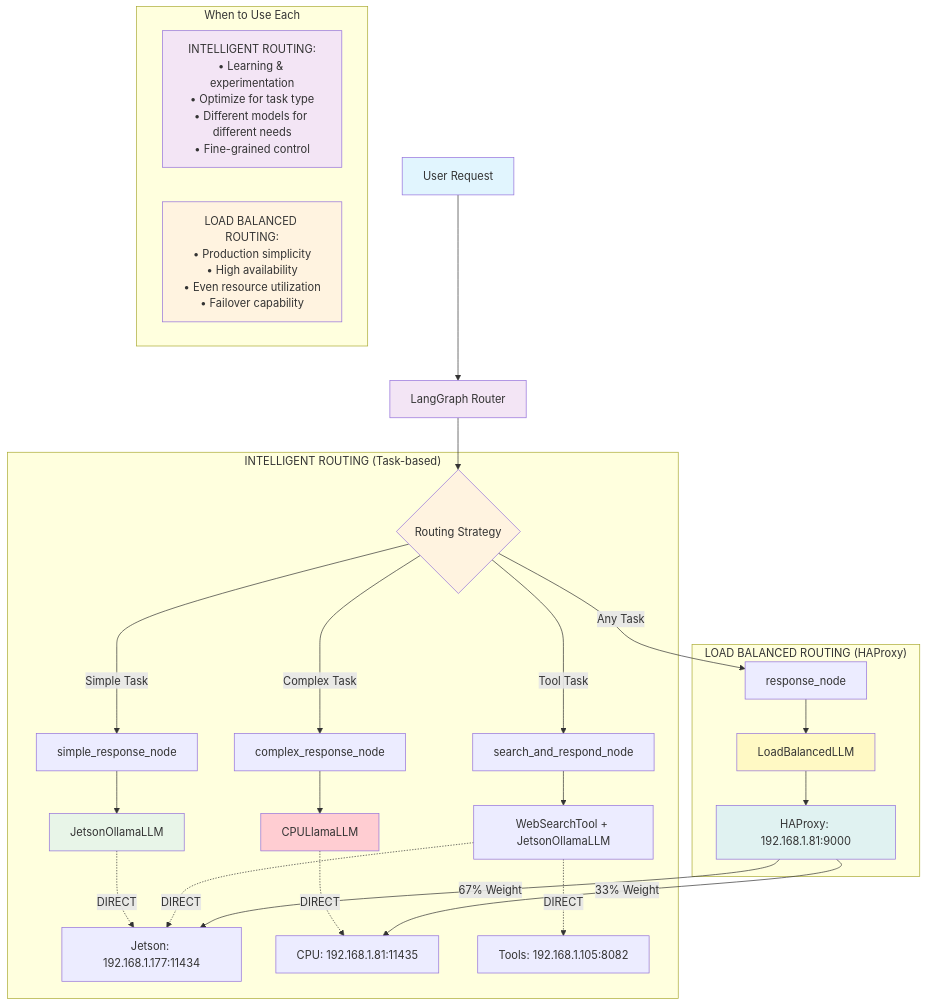
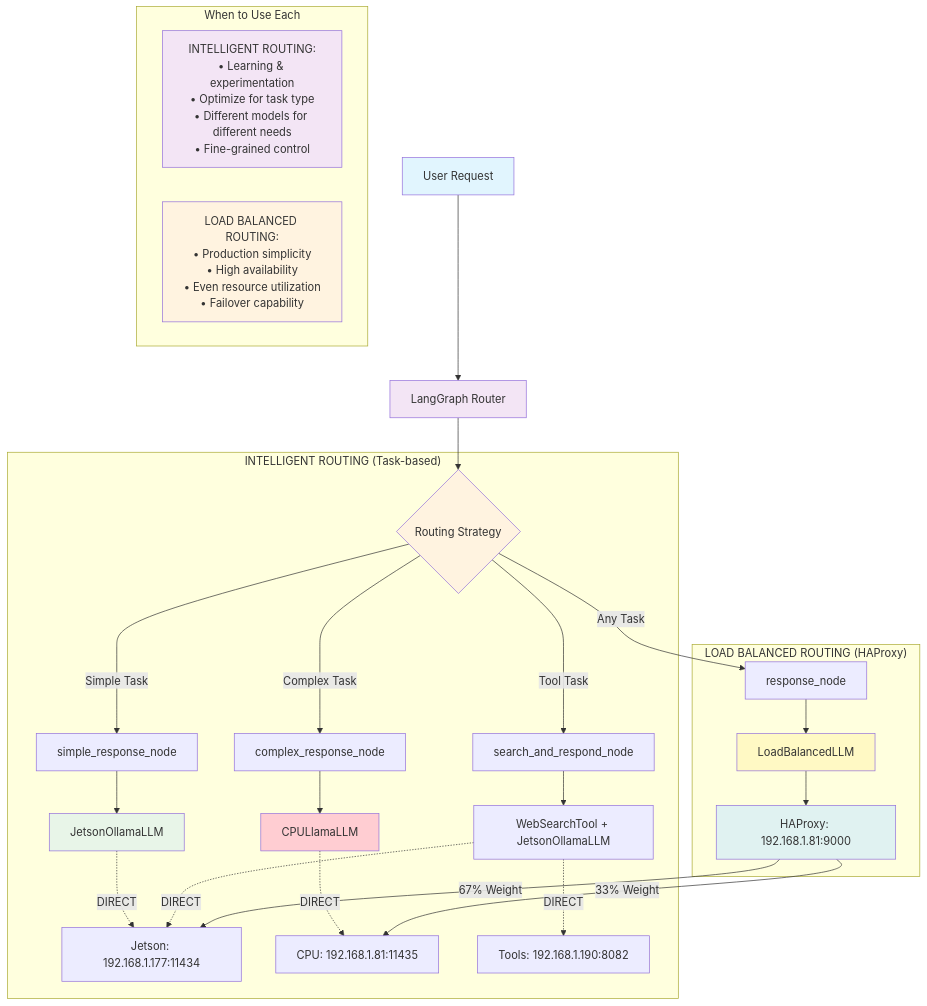
One commit to pavelkushtia/LangGraph changed the fourth of 5 diagrams in docs/langgraph_concepts_and_workflows.md. Above: the diagram before and after it, drawn with Mermaid. The commit also changed other lines of this file and 10 other files, not shown here.

````diff
--- a/docs/langgraph_concepts_and_workflows.md
+++ b/docs/langgraph_concepts_and_workflows.md
@@ -230,45 +230,45 @@
 ```mermaid
 graph TD
     A[User Request] --> B[LangGraph Router]
     
     B --> C{Routing Strategy}
     
     subgraph "INTELLIGENT ROUTING (Task-based)"
         C -->|Simple Task| D[simple_response_node]
         C -->|Complex Task| E[complex_response_node]
         C -->|Tool Task| F[search_and_respond_node]
         
         D --> G[JetsonOllamaLLM]
         E --> H[CPULlamaLLM]  
         F --> I[WebSearchTool + JetsonOllamaLLM]
         
         G -.->|DIRECT| J[Jetson: 192.168.1.177:11434]
         H -.->|DIRECT| K[CPU: 192.168.1.81:11435]
-        I -.->|DIRECT| L[Tools: 192.168.1.105:8082]
+        I -.->|DIRECT| L[Tools: 192.168.1.190:8082]
         I -.->|DIRECT| J
     end
     
     subgraph "LOAD BALANCED ROUTING (HAProxy)"
         C -->|Any Task| M[response_node]
         M --> N[LoadBalancedLLM]
         N --> O[HAProxy: 192.168.1.81:9000]
         O -->|67% Weight| J
         O -->|33% Weight| K
     end
     
     subgraph "When to Use Each"
         P["INTELLIGENT ROUTING:<br/>• Learning & experimentation<br/>• Optimize for task type<br/>• Different models for different needs<br/>• Fine-grained control"]
         
         Q["LOAD BALANCED ROUTING:<br/>• Production simplicity<br/>• High availability<br/>• Even resource utilization<br/>• Failover capability"]
     end
     
     style A fill:#e1f5fe
     style B fill:#f3e5f5
     style C fill:#fff3e0
     style G fill:#e8f5e8
     style H fill:#ffcdd2
     style N fill:#fff9c4
     style O fill:#e0f2f1
     style P fill:#f3e5f5
     style Q fill:#fff3e0
 ```
````
